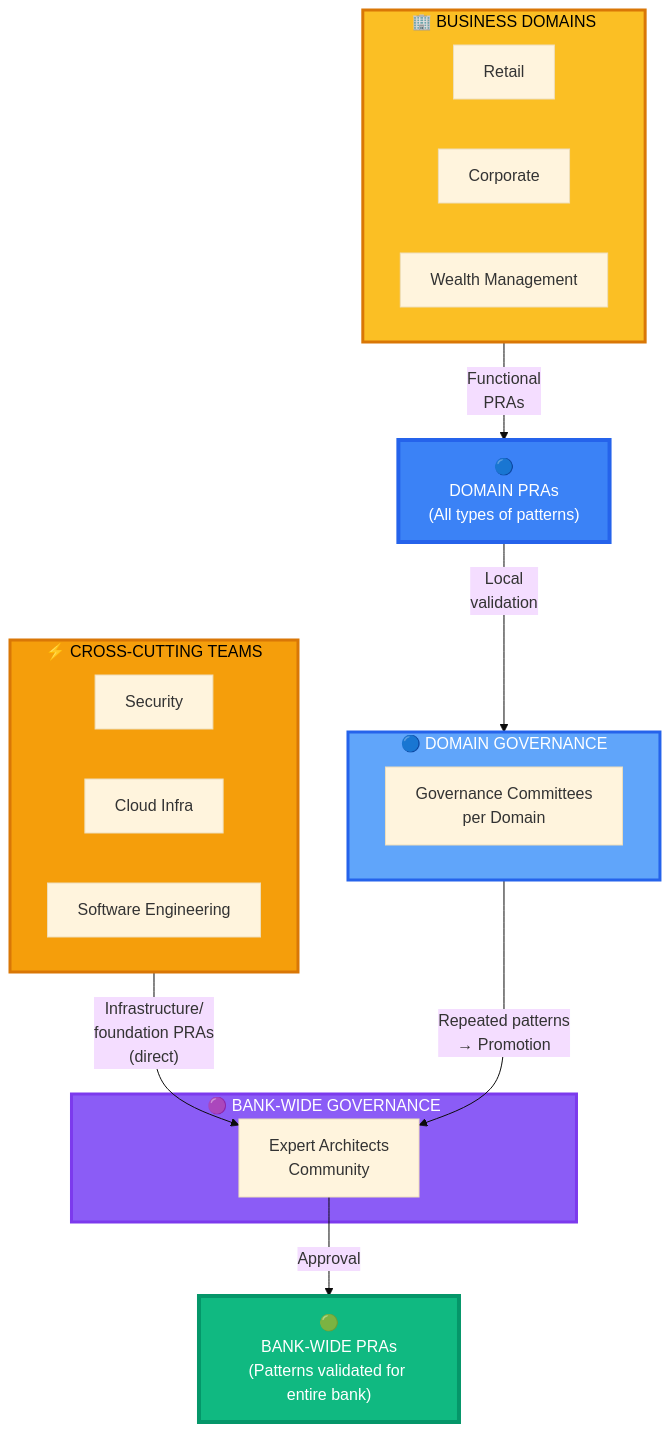
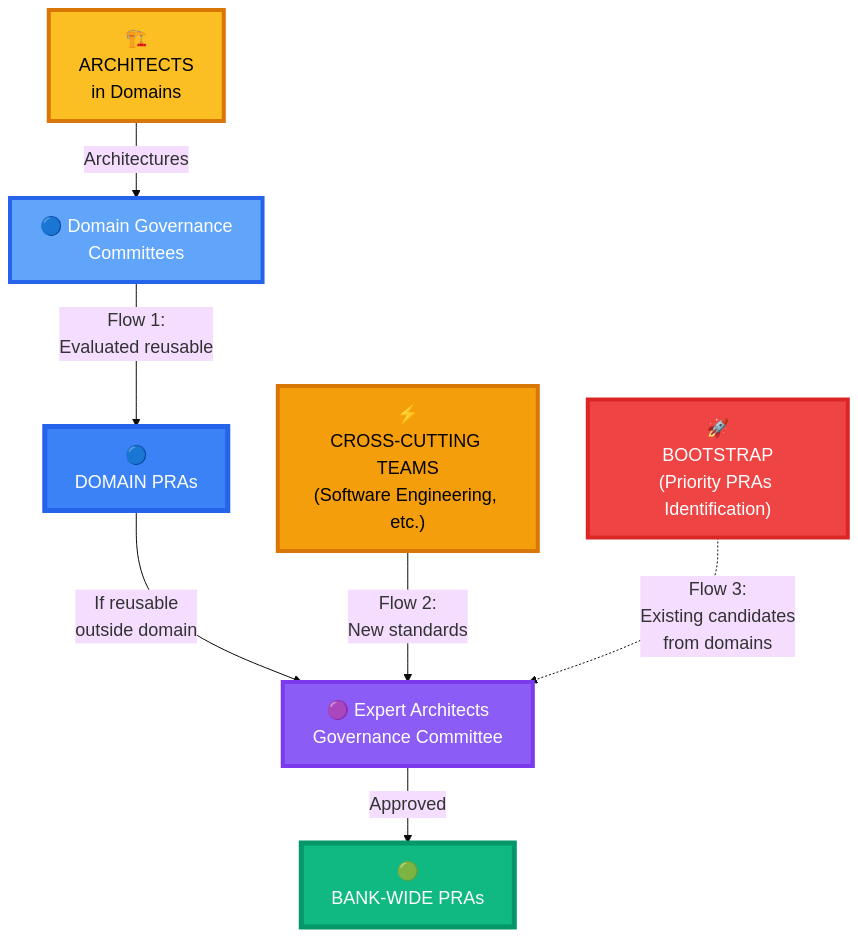
The first of 2 diagrams in site/content/en/registre/index.md (FofanaAmara/proven-reusable-architecture), drawn with Mermaid before and after one commit. The commit also changed other lines of this file and 1 other file, not shown here.

Commit message:
docs: add 3-flow PRA ecosystem model with Bootstrap strategy
- Add Flux 3 (Bootstrap) to reflect transitional quick-start strategy
- Redesign diagram with vertical layout showing 3 distinct sources:
  * Architects in domains (organic emergence)
  * Cross-cutting teams (top-down standards)
  * Bootstrap (priority identification from existing patterns)
- Update flow explanations from 2-flow to comprehensive 3-flow model
- Bootstrap shown with dotted line as transitional (not permanent)
- Reflects reality: no existing registry → identify priorities → promote existing domain patterns directly to Bank-Wide

Closes the gap between idealized process and current pragmatic approach.

````diff
--- a/site/content/en/registre/index.md
+++ b/site/content/en/registre/index.md
@@ -18,39 +18,31 @@
 ```mermaid
-%%{init: {'theme':'base', 'themeVariables': { 'fontSize':'16px'}}}%%
+%%{init: {'theme':'base', 'themeVariables': { 'fontSize':'18px'}}}%%
 graph TB
-    subgraph TRANS["⚡ CROSS-CUTTING TEAMS"]
-        SEC["Security"]
-        INFRA["Cloud Infra"]
-        SE["Software Engineering"]
-    end
+    ARCH["🏗️<br/>ARCHITECTS<br/>in Domains"]
+    TRANS["⚡<br/>CROSS-CUTTING TEAMS<br/>(Software Engineering, etc.)"]
+    BOOT["🚀<br/>BOOTSTRAP<br/>(Priority PRAs Identification)"]
 
-    subgraph DOMAINS["🏢 BUSINESS DOMAINS"]
-        PART["Retail"]
-        ENT["Corporate"]
-        GP["Wealth Management"]
-    end
+    GOV_DOM["🔵 Domain Governance<br/>Committees"]
+    GOV_BW["🟣 Expert Architects<br/>Governance Committee"]
 
-    subgraph GOV_DOM["🔵 DOMAIN GOVERNANCE"]
-        GOVD["Governance Committees<br/>per Domain"]
-    end
+    DOM["🔵<br/>DOMAIN PRAs"]
+    BW["🟢<br/>BANK-WIDE PRAs"]
 
-    subgraph GOV_BW["🟣 BANK-WIDE GOVERNANCE"]
-        GOVB["Expert Architects<br/>Community"]
-    end
+    ARCH -->|"Architectures"| GOV_DOM
+    GOV_DOM -->|"Flow 1:<br/>Evaluated reusable"| DOM
+    DOM -->|"If reusable<br/>outside domain"| GOV_BW
 
-    DOM["🔵<br/>DOMAIN PRAs<br/>(All types of patterns)"]
-    BW["🟢<br/>BANK-WIDE PRAs<br/>(Patterns validated for entire bank)"]
+    TRANS -->|"Flow 2:<br/>New standards"| GOV_BW
 
-    TRANS -->|"Infrastructure/<br/>foundation PRAs<br/>(direct)"| GOVB
-    DOMAINS -->|"Functional<br/>PRAs"| DOM
-    DOM -->|"Local<br/>validation"| GOV_DOM
-    GOV_DOM -->|"Repeated patterns<br/>→ Promotion"| GOVB
-    GOVB -->|"Approval"| BW
+    BOOT -.->|"Flow 3:<br/>Existing candidates<br/>from domains"| GOV_BW
 
-    style BW fill:#10b981,stroke:#059669,stroke-width:4px,color:#fff
-    style DOM fill:#3b82f6,stroke:#2563eb,stroke-width:4px,color:#fff
-    style GOV_BW fill:#8b5cf6,stroke:#7c3aed,stroke-width:3px,color:#fff
-    style GOV_DOM fill:#60a5fa,stroke:#2563eb,stroke-width:3px,color:#fff
-    style TRANS fill:#f59e0b,stroke:#d97706,stroke-width:3px,color:#000
-    style DOMAINS fill:#fbbf24,stroke:#d97706,stroke-width:3px,color:#000
+    GOV_BW -->|"Approved"| BW
+
+    style BW fill:#10b981,stroke:#059669,stroke-width:5px,color:#fff
+    style DOM fill:#3b82f6,stroke:#2563eb,stroke-width:5px,color:#fff
+    style GOV_BW fill:#8b5cf6,stroke:#7c3aed,stroke-width:4px,color:#fff
+    style GOV_DOM fill:#60a5fa,stroke:#2563eb,stroke-width:4px,color:#fff
+    style ARCH fill:#fbbf24,stroke:#d97706,stroke-width:4px,color:#000
+    style TRANS fill:#f59e0b,stroke:#d97706,stroke-width:4px,color:#000
+    style BOOT fill:#ef4444,stroke:#dc2626,stroke-width:4px,color:#fff
 ```
````
